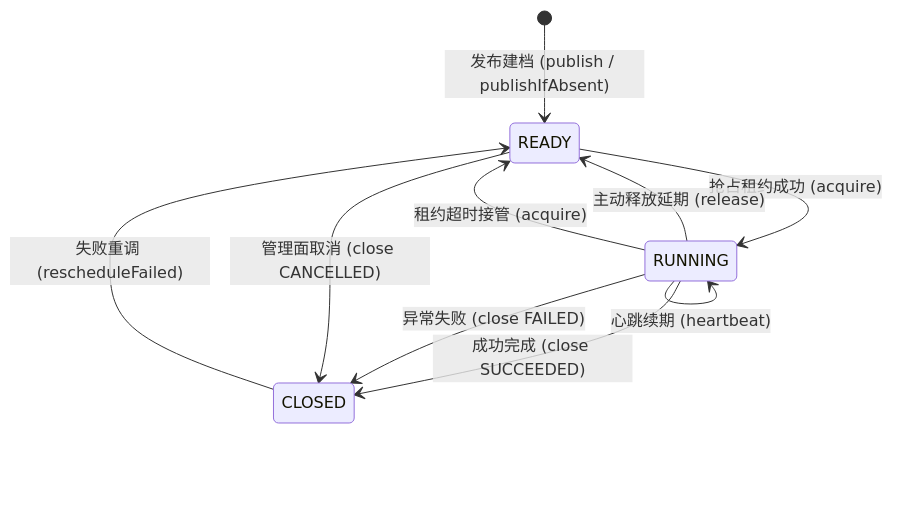
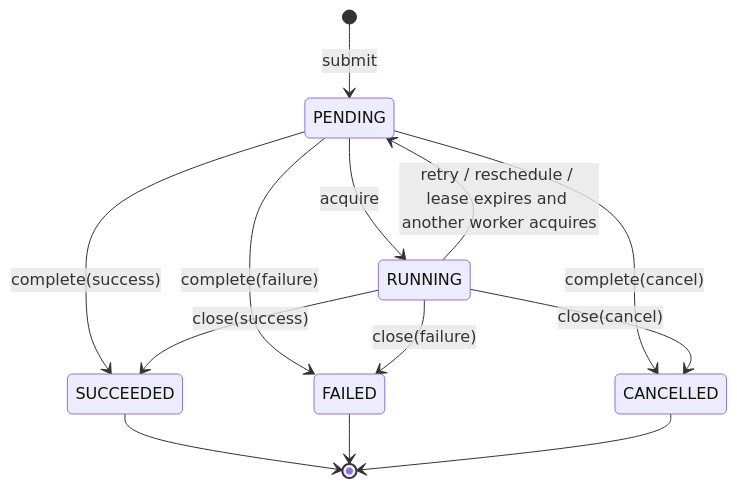
One commit to team4u/team4u-framework changed the diagram in docs/lease/lease-model.md. Above: the diagram before and after it, drawn with Mermaid. The commit also changed other lines of this file and 179 other files, not shown here.

````diff
--- a/docs/lease/lease-model.md
+++ b/docs/lease/lease-model.md
@@ -22,12 +30,15 @@
 ```mermaid
 stateDiagram-v2
-    [*] --> READY: 发布建档 (publish / publishIfAbsent)
-    READY --> RUNNING: 抢占租约成功 (acquire)
-    RUNNING --> RUNNING: 心跳续期 (heartbeat)
-    RUNNING --> READY: 主动释放延期 (release)
-    RUNNING --> READY: 租约超时接管 (acquire)
-    RUNNING --> CLOSED: 成功完成 (close SUCCEEDED)
-    RUNNING --> CLOSED: 异常失败 (close FAILED)
-    READY --> CLOSED: 管理面取消 (close CANCELLED)
-    CLOSED --> READY: 失败重调 (rescheduleFailed)
+    [*] --> PENDING: submit
+    PENDING --> RUNNING: acquire
+    RUNNING --> PENDING: retry / reschedule / lease expires and another worker acquires
+    PENDING --> SUCCEEDED: complete(success)
+    PENDING --> FAILED: complete(failure)
+    PENDING --> CANCELLED: complete(cancel)
+    RUNNING --> SUCCEEDED: close(success)
+    RUNNING --> FAILED: close(failure)
+    RUNNING --> CANCELLED: close(cancel)
+    SUCCEEDED --> [*]
+    FAILED --> [*]
+    CANCELLED --> [*]
 ```
````
